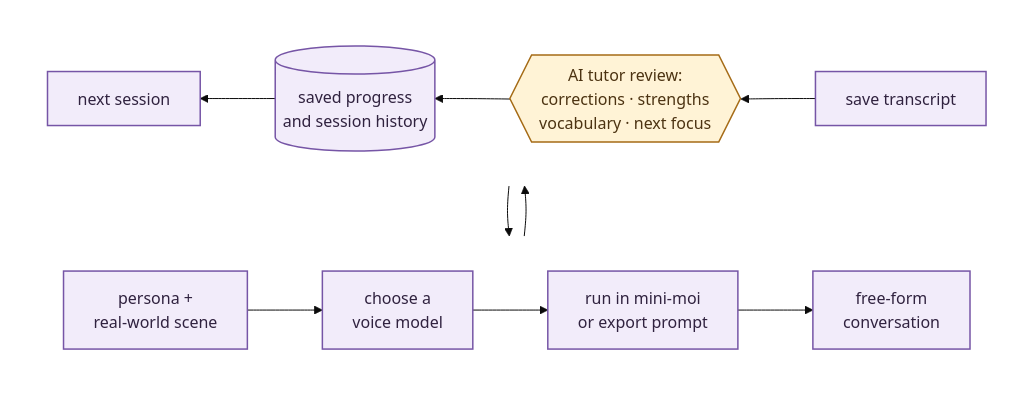
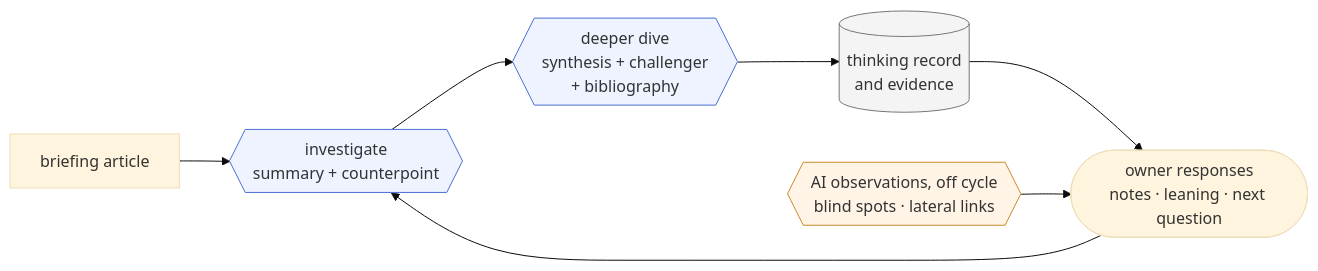
Before and after one commit to robertvanstedum/personal-ai-agents: the sixth of 7 diagrams in README.md, drawn with Mermaid (base theme). The commit also changed other lines of this file and 9 other files, not shown here.

First line of the commit message:
Key docs for mini-moi 1.2 beta: README, ARCHITECTURE and a terms appendix

````diff
--- a/README.md
+++ b/README.md
@@ -180,26 +272,15 @@
 ```mermaid
-flowchart TB
-    subgraph TOP[" "]
-        direction LR
-        A[persona +<br/>real-world scene] --> B[choose a<br/>voice model]
-        B --> C[run in mini-moi<br/>or export prompt]
-        C --> D[free-form<br/>conversation]
-    end
-
-    subgraph BOTTOM[" "]
-        direction RL
-        E[save transcript] --> F{{"AI tutor review:<br/>corrections · strengths<br/>vocabulary · next focus"}}
-        F --> G[(saved progress<br/>and session history)]
-        G --> H[next session]
-    end
-
-    D --> E
-    H --> A
-
-    classDef language fill:#F2ECFA,stroke:#7655A6,color:#30223F,stroke-width:1.5px
-    classDef ai fill:#FFF3D6,stroke:#A56B16,color:#4C3312,stroke-width:1.5px
-    class A,B,C,D,E,G,H language
-    class F ai
-    style TOP fill:transparent,stroke:transparent
-    style BOTTOM fill:transparent,stroke:transparent
+flowchart LR
+    D[briefing article] --> I{{investigate<br/>summary + counterpoint}}
+    I --> DD{{deeper dive<br/>synthesis + challenger<br/>+ bibliography}}
+    DD --> R[(thinking record<br/>and evidence)]
+    R --> E([owner responses<br/>notes · leaning · next question])
+    E --> I
+    O{{AI observations, off cycle<br/>blind spots · lateral links}} --> E
+    class I,DD,O ai
+    class R store
+    class O wide
+    classDef ai fill:#eef3ff,stroke:#4a6fd1
+    classDef store fill:#f4f4f4,stroke:#777
+    classDef wide fill:#fff4e5,stroke:#c98a2b
 ```
````
